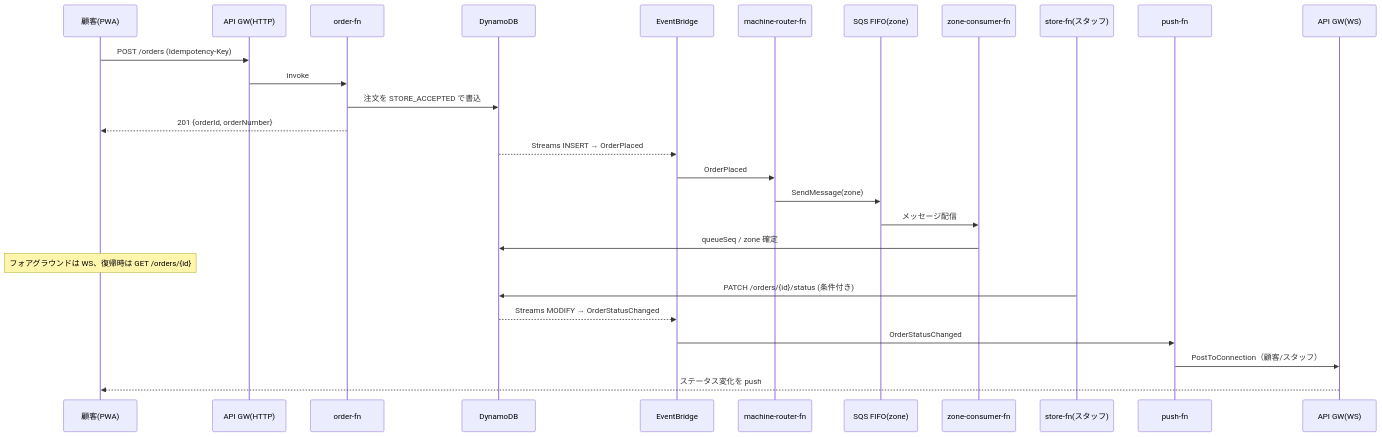
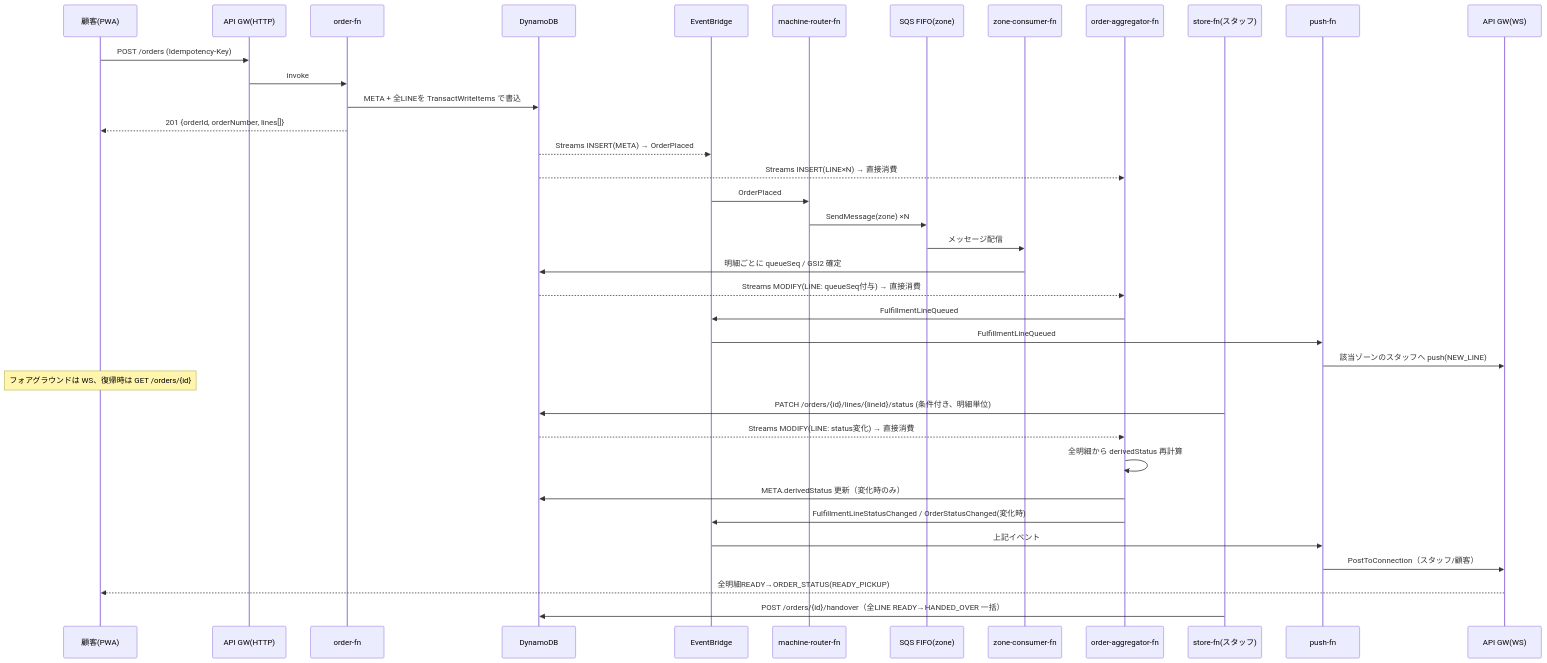
One commit to Masaharu1223/AWS_OrderSystem changed the second of 2 diagrams in docs/architecture.md. Above: the diagram before and after it, drawn with Mermaid. The commit also changed other lines of this file and 1 other file, not shown here.

First line of the commit message:
docs(architecture): 複数ゾーン注文を明細単位モデルへ全面改訂

````diff
--- a/docs/architecture.md
+++ b/docs/architecture.md
@@ -313,30 +520,40 @@
 ```mermaid
 sequenceDiagram
     participant C as 顧客(PWA)
     participant H as API GW(HTTP)
     participant O as order-fn
     participant D as DynamoDB
     participant EB as EventBridge
     participant R as machine-router-fn
     participant Q as SQS FIFO(zone)
     participant Z as zone-consumer-fn
+    participant A as order-aggregator-fn
     participant S as store-fn(スタッフ)
     participant P as push-fn
     participant W as API GW(WS)
 
     C->>H: POST /orders (Idempotency-Key)
     H->>O: invoke
-    O->>D: 注文を STORE_ACCEPTED で書込
-    O-->>C: 201 {orderId, orderNumber}
-    D-->>EB: Streams INSERT → OrderPlaced
+    O->>D: META + 全LINEを TransactWriteItems で書込
+    O-->>C: 201 {orderId, orderNumber, lines[]}
+    D-->>EB: Streams INSERT(META) → OrderPlaced
+    D-->>A: Streams INSERT(LINE×N) → 直接消費
     EB->>R: OrderPlaced
-    R->>Q: SendMessage(zone)
+    R->>Q: SendMessage(zone) ×N
     Q->>Z: メッセージ配信
-    Z->>D: queueSeq / zone 確定
+    Z->>D: 明細ごとに queueSeq / GSI2 確定
+    D-->>A: Streams MODIFY(LINE: queueSeq付与) → 直接消費
+    A->>EB: FulfillmentLineQueued
+    EB->>P: FulfillmentLineQueued
+    P->>W: 該当ゾーンのスタッフへ push(NEW_LINE)
     Note over C: フォアグラウンドは WS、復帰時は GET /orders/{id}
-    S->>D: PATCH /orders/{id}/status (条件付き)
-    D-->>EB: Streams MODIFY → OrderStatusChanged
-    EB->>P: OrderStatusChanged
-    P->>W: PostToConnection（顧客/スタッフ）
-    W-->>C: ステータス変化を push
+    S->>D: PATCH /orders/{id}/lines/{lineId}/status (条件付き、明細単位)
+    D-->>A: Streams MODIFY(LINE: status変化) → 直接消費
+    A->>A: 全明細から derivedStatus 再計算
+    A->>D: META.derivedStatus 更新（変化時のみ）
+    A->>EB: FulfillmentLineStatusChanged / OrderStatusChanged(変化時)
+    EB->>P: 上記イベント
+    P->>W: PostToConnection（スタッフ/顧客）
+    W-->>C: 全明細READY→ORDER_STATUS(READY_PICKUP)
+    S->>D: POST /orders/{id}/handover（全LINE READY→HANDED_OVER 一括）
 ```
````
